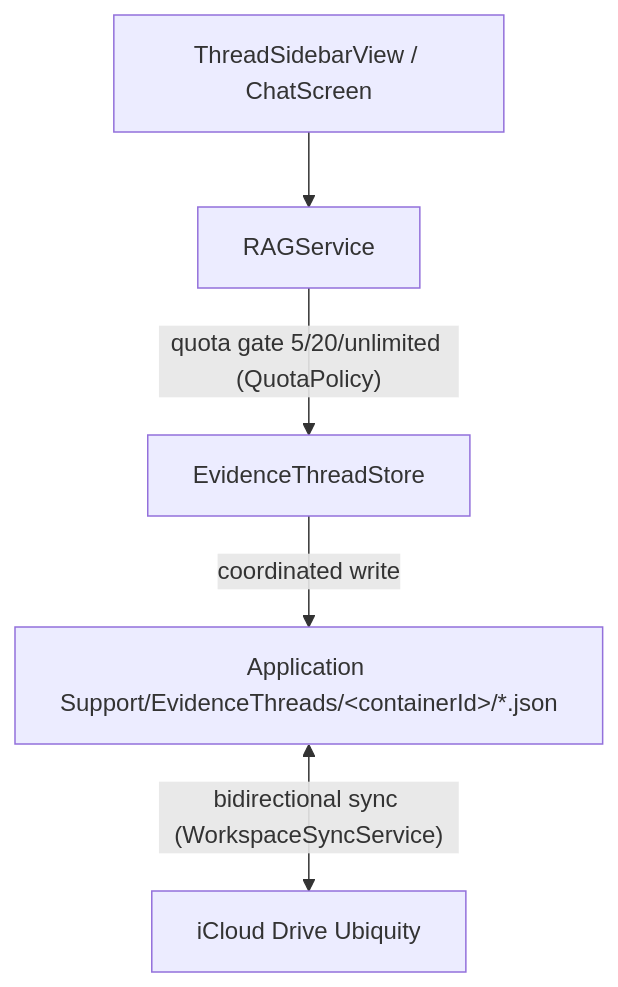
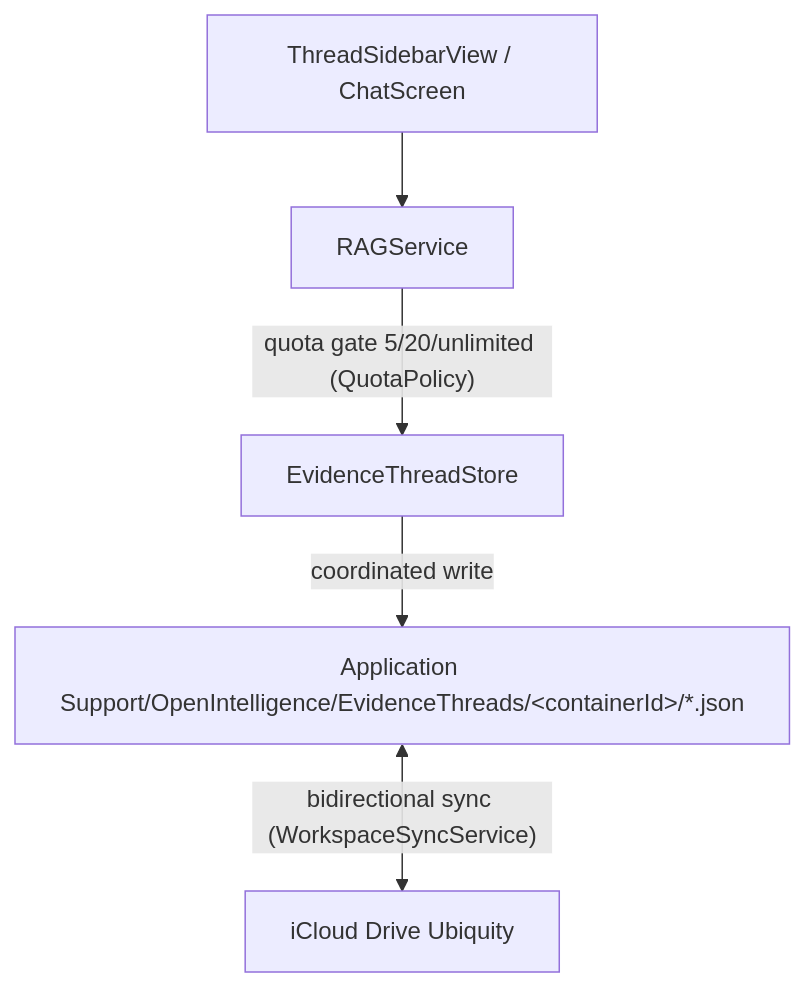
Before and after one commit to Gunnarguy/OpenIntelligence: the eighth of 8 diagrams in Docs/OPENINTELLIGENCE_ARCHITECTURE_ATLAS.md, drawn with Mermaid. The commit also changed other lines of this file and 27 other files, not shown here.

````diff
--- a/Docs/OPENINTELLIGENCE_ARCHITECTURE_ATLAS.md
+++ b/Docs/OPENINTELLIGENCE_ARCHITECTURE_ATLAS.md
@@ -424,7 +426,7 @@
 ```mermaid
 graph TD
   UI["ThreadSidebarView / ChatScreen"] --> RAG["RAGService"]
   RAG -->|"quota gate 5/20/unlimited (QuotaPolicy)"| Store["EvidenceThreadStore"]
-  Store -->|"coordinated write"| File["Application Support/EvidenceThreads/&lt;containerId&gt;/*.json"]
+  Store -->|"coordinated write"| File["Application Support/OpenIntelligence/EvidenceThreads/&lt;containerId&gt;/*.json"]
   File <-->|"bidirectional sync (WorkspaceSyncService)"| iCloud["iCloud Drive Ubiquity"]
 ```
````
